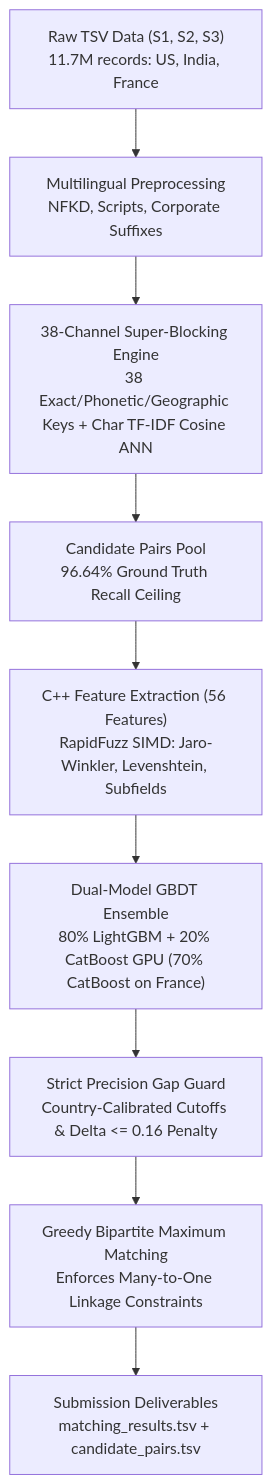
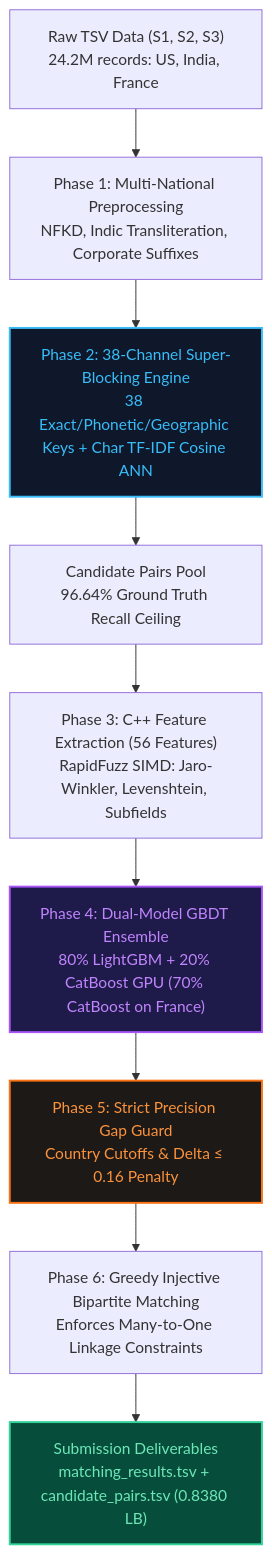
One commit to sky4infy/amazon-ml-challenge-2026-v4 changed the diagram in README.md. Above: the diagram before and after it, drawn with Mermaid. The commit also changed other lines of this file and 1 other file, not shown here.

Commit message:
docs: add pipeline V4 vector architecture diagram and comprehensive technical documentation

````diff
--- a/README.md
+++ b/README.md
@@ -24,11 +42,16 @@
 ```mermaid
 graph TD
-    A["Raw TSV Data (S1, S2, S3)<br/>11.7M records: US, India, France"] --> B["Multilingual Preprocessing<br/>NFKD, Scripts, Corporate Suffixes"]
-    B --> C["38-Channel Super-Blocking Engine<br/>38 Exact/Phonetic/Geographic Keys + Char TF-IDF Cosine ANN"]
+    A["Raw TSV Data (S1, S2, S3)<br/>24.2M records: US, India, France"] --> B["Phase 1: Multi-National Preprocessing<br/>NFKD, Indic Transliteration, Corporate Suffixes"]
+    B --> C["Phase 2: 38-Channel Super-Blocking Engine<br/>38 Exact/Phonetic/Geographic Keys + Char TF-IDF Cosine ANN"]
     C --> D["Candidate Pairs Pool<br/>96.64% Ground Truth Recall Ceiling"]
-    D --> E["C++ Feature Extraction (56 Features)<br/>RapidFuzz SIMD: Jaro-Winkler, Levenshtein, Subfields"]
-    E --> F["Dual-Model GBDT Ensemble<br/>80% LightGBM + 20% CatBoost GPU (70% CatBoost on France)"]
-    F --> G["Strict Precision Gap Guard<br/>Country-Calibrated Cutoffs & Delta <= 0.16 Penalty"]
-    G --> H["Greedy Bipartite Maximum Matching<br/>Enforces Many-to-One Linkage Constraints"]
-    H --> I["Submission Deliverables<br/>matching_results.tsv + candidate_pairs.tsv"]
+    D --> E["Phase 3: C++ Feature Extraction (56 Features)<br/>RapidFuzz SIMD: Jaro-Winkler, Levenshtein, Subfields"]
+    E --> F["Phase 4: Dual-Model GBDT Ensemble<br/>80% LightGBM + 20% CatBoost GPU (70% CatBoost on France)"]
+    F --> G["Phase 5: Strict Precision Gap Guard<br/>Country Cutoffs & Delta &le; 0.16 Penalty"]
+    G --> H["Phase 6: Greedy Injective Bipartite Matching<br/>Enforces Many-to-One Linkage Constraints"]
+    H --> I["Submission Deliverables<br/>matching_results.tsv + candidate_pairs.tsv (0.8380 LB)"]
+
+    style C fill:#0f172a,color:#38bdf8,stroke:#38bdf8,stroke-width:2px
+    style F fill:#1e1b4b,color:#c084fc,stroke:#a855f7,stroke-width:2px
+    style G fill:#1c1917,color:#fb923c,stroke:#f97316,stroke-width:2px
+    style I fill:#064e3b,color:#6ee7b7,stroke:#34d399,stroke-width:2px
 ```
````
